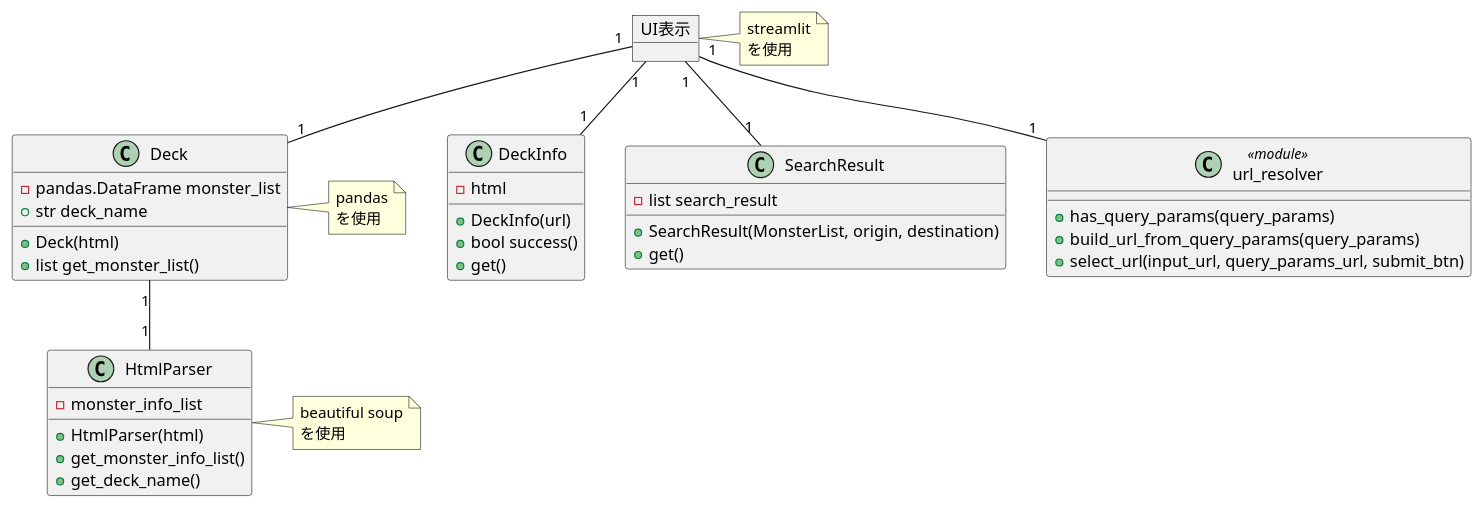
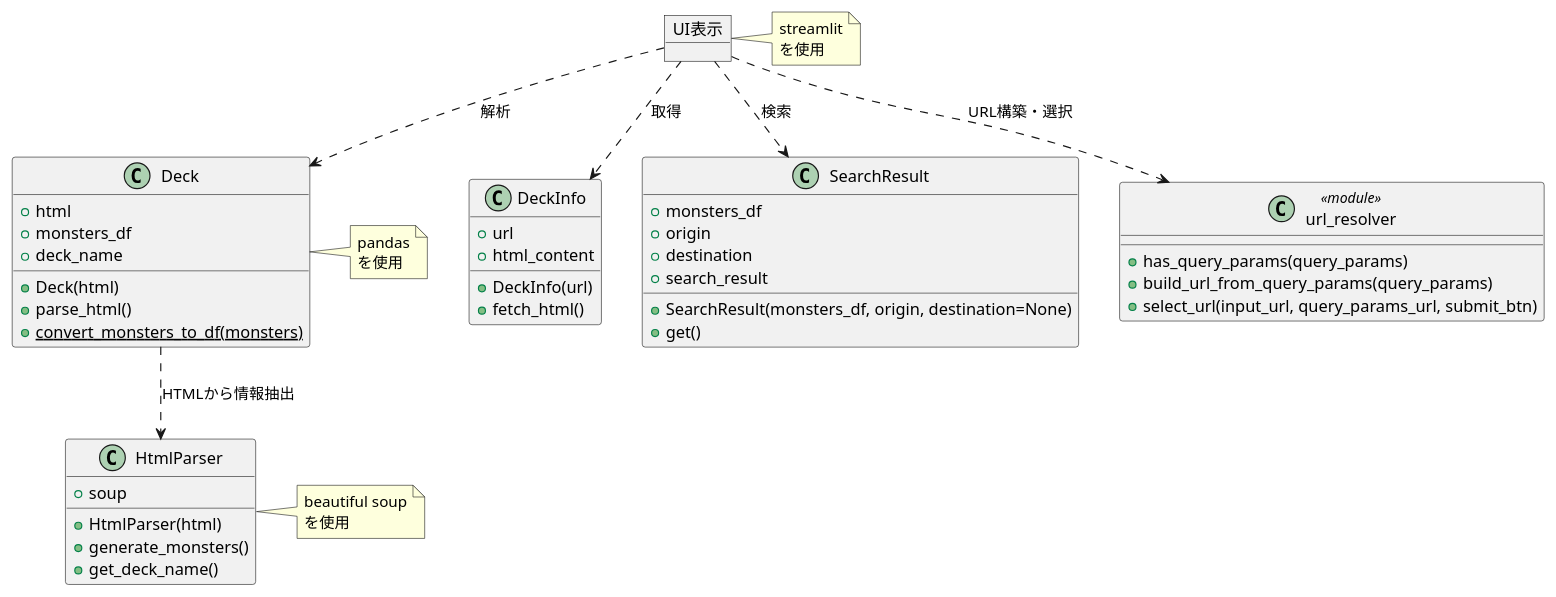
Before and after one commit to ikishichi/ygo-small-world-transit: the fifth of 6 diagrams in docs/ygo-small-world-transit.md, drawn with PlantUML. The commit also changed other lines of this file and 2 other files, not shown here.

````diff
--- a/docs/ygo-small-world-transit.md
+++ b/docs/ygo-small-world-transit.md
@@ -115,51 +151,55 @@
 ```plantuml
 @startuml
 object "UI表示" as ui
 note right
 streamlit
 を使用
 endnote
 class DeckInfo{
-    - html
+    + url
+    + html_content
     + DeckInfo(url)
-    + bool success()
-    + get()
+    + fetch_html()
 }
 class SearchResult {
-    - list search_result
-    + SearchResult(MonsterList, origin, destination)
+    + monsters_df
+    + origin
+    + destination
+    + search_result
+    + SearchResult(monsters_df, origin, destination=None)
     + get()
 }
 class Deck{
-    - pandas.DataFrame monster_list
-    + str deck_name
+    + html
+    + monsters_df
+    + deck_name
     + Deck(html)
-    + list get_monster_list()
+    + parse_html()
+    {static} + convert_monsters_to_df(monsters)
 }
 note right
 pandas
 を使用
 endnote
 class HtmlParser{
-    - monster_info_list
+    + soup
     + HtmlParser(html)
-    + get_monster_info_list()
+    + generate_monsters()
     + get_deck_name()
 }
 note right
 beautiful soup
 を使用
 endnote
 class url_resolver <<module>> {
     + has_query_params(query_params)
     + build_url_from_query_params(query_params)
     + select_url(input_url, query_params_url, submit_btn)
 }
-ui "1"--"1" DeckInfo
-ui "1"--"1" SearchResult
-
-ui "1"--"1" Deck
-ui "1"--"1" url_resolver
-Deck "1"--"1" HtmlParser
+ui ..> DeckInfo : 取得
+ui ..> SearchResult : 検索
+ui ..> Deck : 解析
+ui ..> url_resolver : URL構築・選択
+Deck ..> HtmlParser : HTMLから情報抽出
 @enduml
 ```
````
